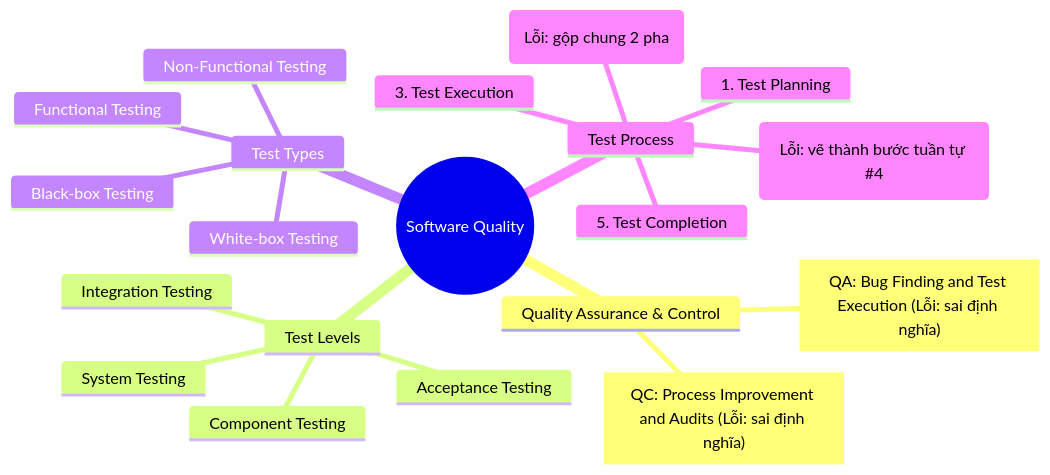
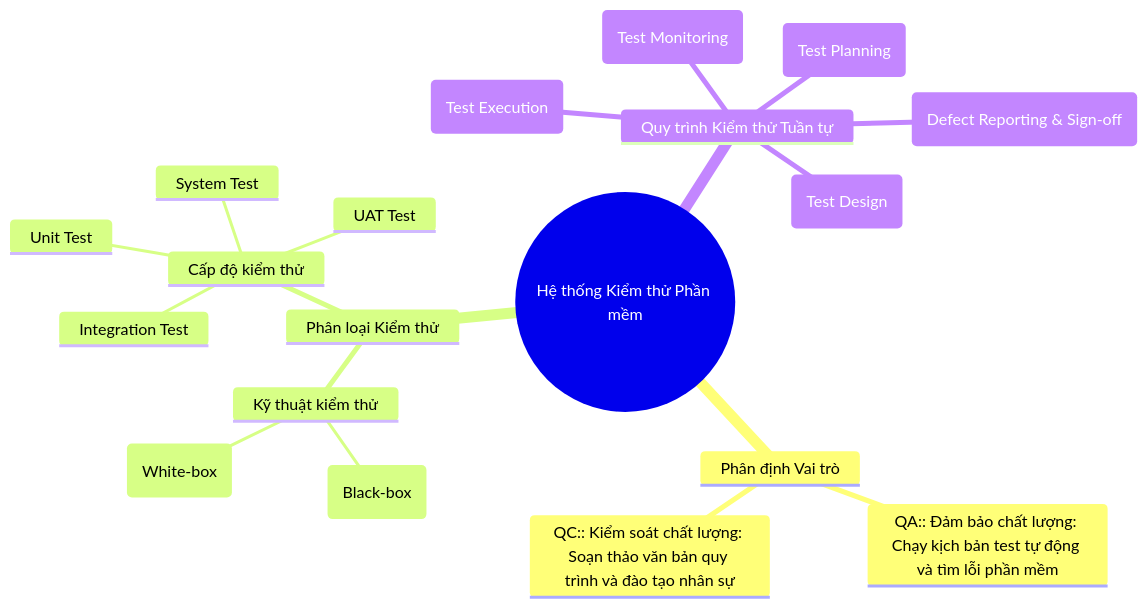
The first of 2 diagrams in 01-job-market/MINDMAP.md (tvquang0511/HW01-QA-QC), drawn with Mermaid before and after one commit. The commit also changed other lines of this file and 2 other files, not shown here.

Commit message:
feat: complete Requirement 2 - 20 Software Defects (2022-2026)

````diff
--- a/01-job-market/MINDMAP.md
+++ b/01-job-market/MINDMAP.md
@@ -11,23 +21,22 @@
 ```mermaid
 mindmap
-  root((Software Quality))
-    Quality Assurance & Control
-      ["QA: Bug Finding and Test Execution (Lỗi: sai định nghĩa)"]
-      ["QC: Process Improvement and Audits (Lỗi: sai định nghĩa)"]
-    Test Levels
-      Component Testing
-      Integration Testing
-      System Testing
-      Acceptance Testing
-    Test Types
-      Functional Testing
-      Non-Functional Testing
-      Black-box Testing
-      White-box Testing
-    Test Process
-      1. Test Planning
-      2. Test Analysis & Design (Lỗi: gộp chung 2 pha)
-      3. Test Execution
-      4. Test Monitoring & Control (Lỗi: vẽ thành bước tuần tự #4)
-      5. Test Completion
+  root((Hệ thống Kiểm thử Phần mềm))
+    Phân định Vai trò
+      QA:: Đảm bảo chất lượng: Chạy kịch bản test tự động và tìm lỗi phần mềm
+      QC:: Kiểm soát chất lượng: Soạn thảo văn bản quy trình và đào tạo nhân sự
+    Phân loại Kiểm thử
+      Kỹ thuật kiểm thử
+        Kiểm thử hộp đen (Black-box)
+        Kiểm thử hộp trắng (White-box)
+      Cấp độ kiểm thử
+        Unit Test
+        Integration Test
+        System Test
+        UAT Test
+    Quy trình Kiểm thử Tuần tự
+      Bước 1: Lập kế hoạch kiểm thử (Test Planning)
+      Bước 2: Thiết kế kịch bản kiểm thử (Test Design)
+      Bước 3: Thực thi kiểm thử (Test Execution)
+      Bước 4: Báo cáo lỗi & Đóng dự án (Defect Reporting & Sign-off)
+      Bước 5: Giám sát kiểm thử (Test Monitoring)
 ```
````
